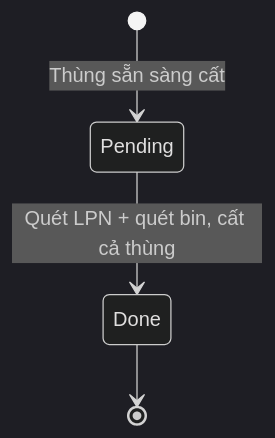
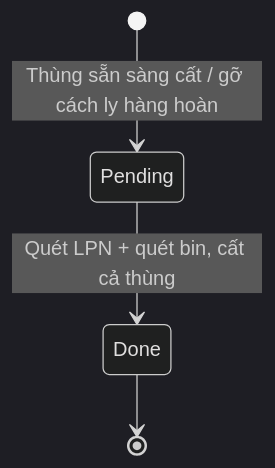
Before and after one commit to KLTN-FA26/docs: the diagram in docs/warehouse/05-putaway/README.md, drawn with Mermaid (dark theme). The commit also changed other lines of this file and 23 other files, not shown here.

````diff
--- a/docs/warehouse/05-putaway/README.md
+++ b/docs/warehouse/05-putaway/README.md
@@ -121,6 +132,6 @@
 ```mermaid
 stateDiagram-v2
-    [*] --> Pending: Thùng sẵn sàng cất
+    [*] --> Pending: Thùng sẵn sàng cất / gỡ cách ly hàng hoàn
     Pending --> Done: Quét LPN + quét bin, cất cả thùng
     Done --> [*]
 ```
````
